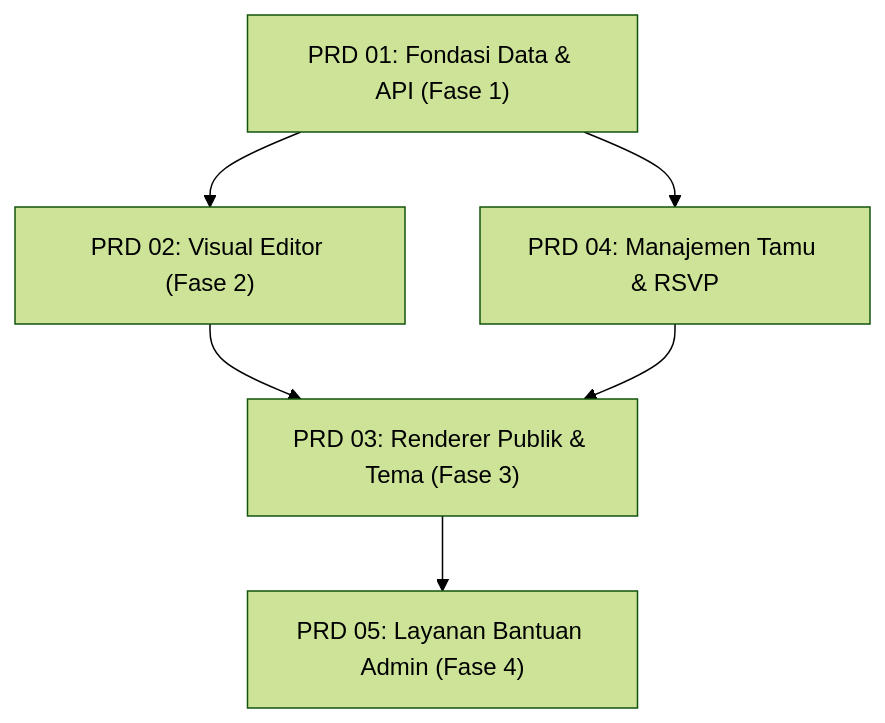
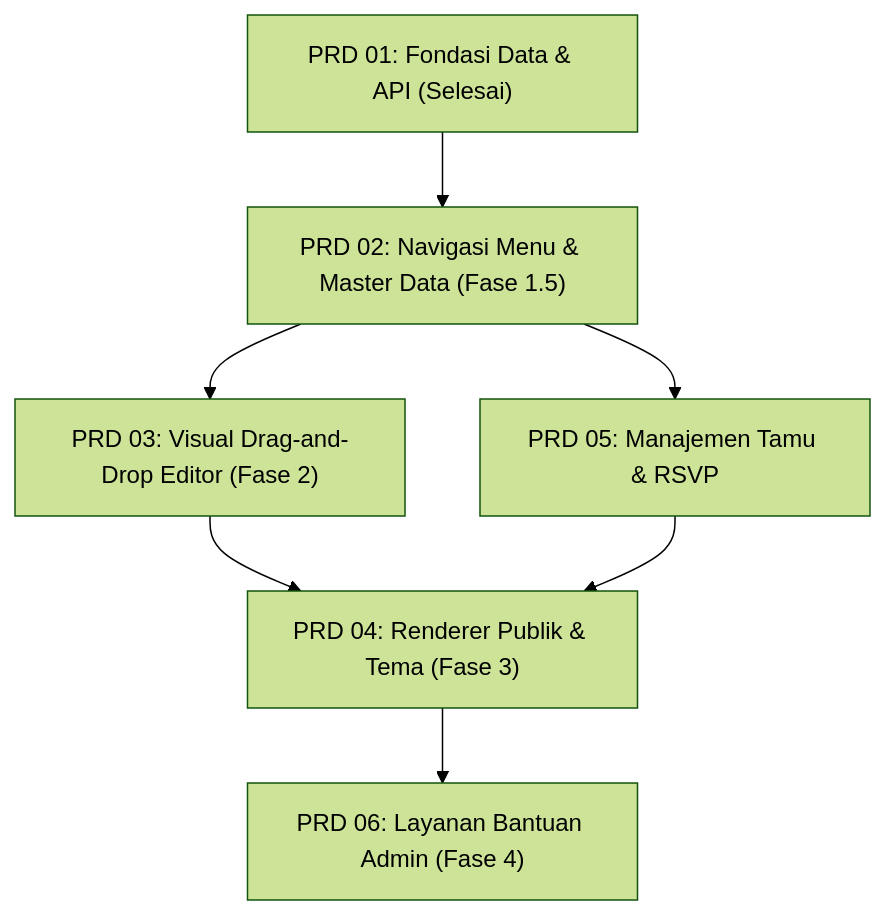
One commit to Yusuf2204/niskala changed the diagram in docs/prd/README.md. Above: the diagram before and after it, drawn with Mermaid (forest theme). The commit also changed other lines of this file and 5 other files, not shown here.

First line of the commit message:
docs: restructure PRDs and add PRD 02 for CMS menu navigation and master data

````diff
--- a/docs/prd/README.md
+++ b/docs/prd/README.md
@@ -24,8 +25,9 @@
 ```mermaid
 flowchart TD
-    PRD01["PRD 01: Fondasi Data & API (Fase 1)"] --> PRD02["PRD 02: Visual Editor (Fase 2)"]
-    PRD01 --> PRD04["PRD 04: Manajemen Tamu & RSVP"]
-    PRD02 --> PRD03["PRD 03: Renderer Publik & Tema (Fase 3)"]
-    PRD04 --> PRD03
-    PRD03 --> PRD05["PRD 05: Layanan Bantuan Admin (Fase 4)"]
+    PRD01["PRD 01: Fondasi Data & API (Selesai)"] --> PRD02["PRD 02: Navigasi Menu & Master Data (Fase 1.5)"]
+    PRD02 --> PRD03["PRD 03: Visual Drag-and-Drop Editor (Fase 2)"]
+    PRD02 --> PRD05["PRD 05: Manajemen Tamu & RSVP"]
+    PRD03 --> PRD04["PRD 04: Renderer Publik & Tema (Fase 3)"]
+    PRD05 --> PRD04
+    PRD04 --> PRD06["PRD 06: Layanan Bantuan Admin (Fase 4)"]
 ```
````
